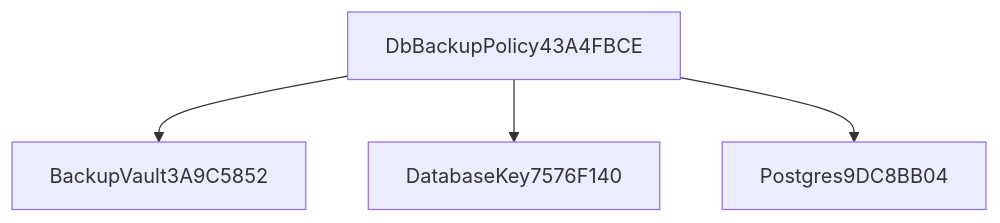
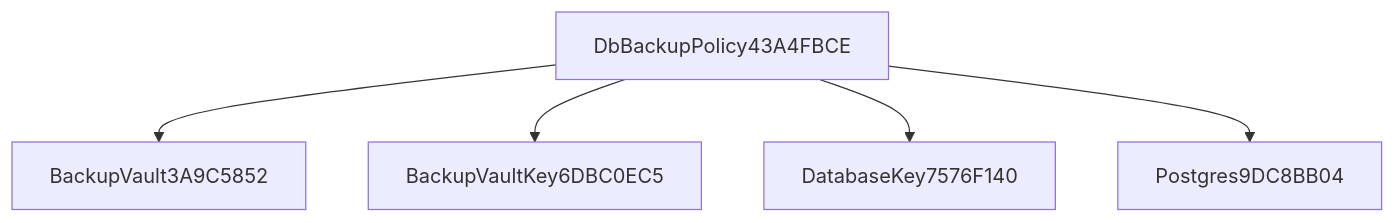
Before and after one commit to onnxscibroccoli/bank-it-operations-lab: diagram 11 of 50 in inventory/ARCHITECTURE.md, drawn with Mermaid. The commit also changed other lines of this file and 3 other files, not shown here.

Commit message:
bookkeeping (outside infra/aws-cdk + evidence/aws, needs owner review): regenerate derived inventory from refreshed synth; re-pin generated inventory/ARCHITECTURE.md hash in preserved-records; pages.json metadata for 6 new evidence .md files

````diff
--- a/inventory/ARCHITECTURE.md
+++ b/inventory/ARCHITECTURE.md
@@ -139,10 +139,12 @@
 ```mermaid
 flowchart TD
   source["DbBackupPolicy43A4FBCE"]
   n0["BackupVault3A9C5852"]
   source --> n0
-  n1["DatabaseKey7576F140"]
+  n1["BackupVaultKey6DBC0EC5"]
   source --> n1
-  n2["Postgres9DC8BB04"]
+  n2["DatabaseKey7576F140"]
   source --> n2
+  n3["Postgres9DC8BB04"]
+  source --> n3
 ```
````
